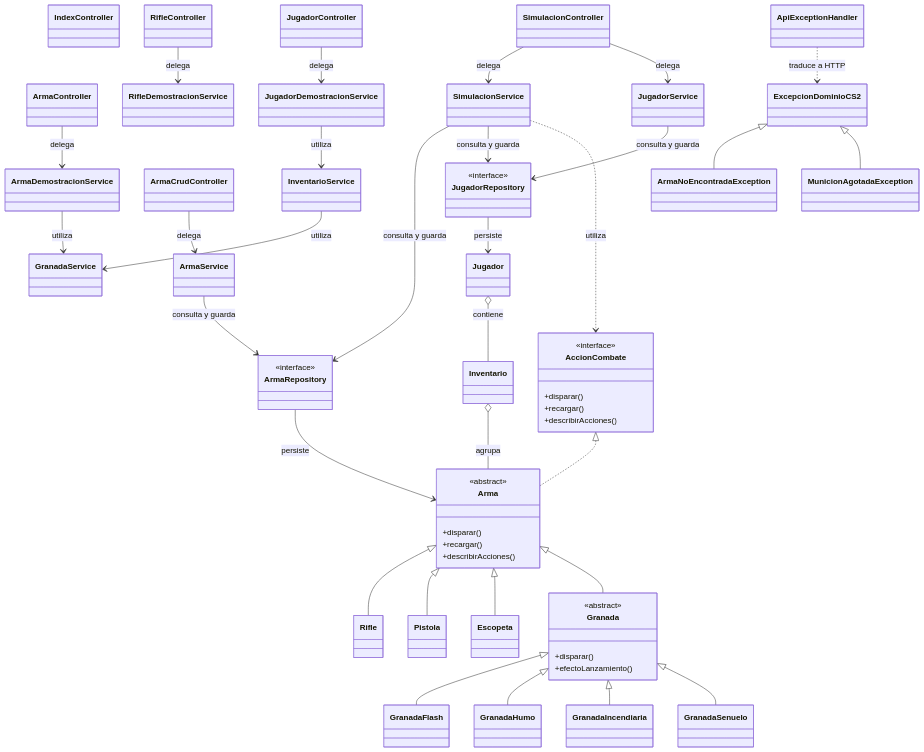
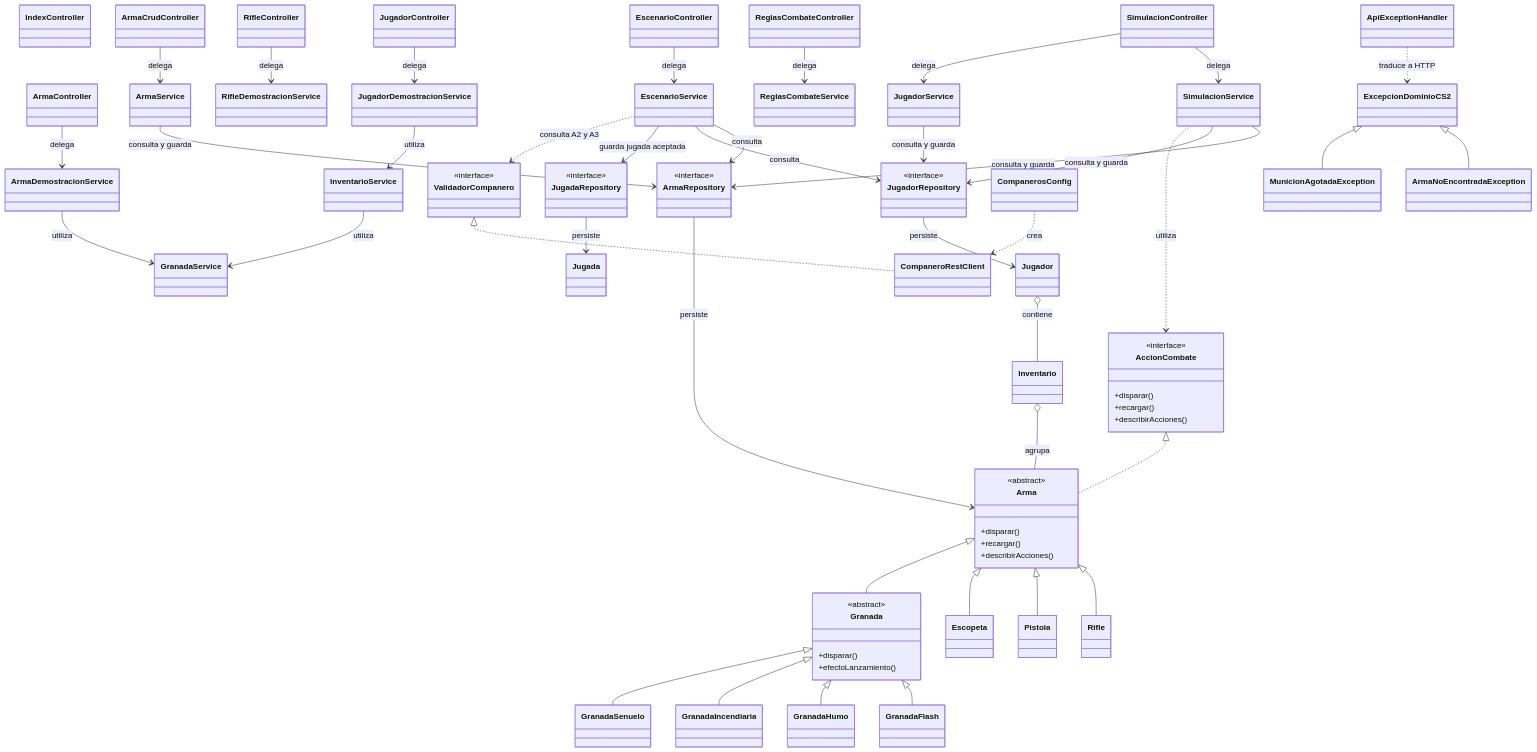
The diagram in README.md (GioMonteggia/SMONTEGGIA-taller-git-2026), drawn with Mermaid before and after one commit. The commit also changed other lines of this file and 4 other files, not shown here.

```diff
--- a/README.md
+++ b/README.md
@@ -308,6 +402,7 @@
 
     class Jugador
     class Inventario
+    class Jugada
 
     class AccionCombate {
         <<interface>>
@@ -324,12 +419,18 @@
         <<interface>>
     }
 
+    class JugadaRepository {
+        <<interface>>
+    }
+
     class IndexController
     class ArmaController
     class RifleController
     class JugadorController
     class ArmaCrudController
     class SimulacionController
+    class ReglasCombateController
+    class EscenarioController
 
     class ArmaDemostracionService
     class RifleDemostracionService
@@ -339,6 +440,14 @@
     class ArmaService
     class JugadorService
     class SimulacionService
+    class ReglasCombateService
+    class EscenarioService
+
+    class ValidadorCompanero {
+        <<interface>>
+    }
+    class CompaneroRestClient
+    class CompanerosConfig
 
     class ApiExceptionHandler
     class ExcepcionDominioCS2
@@ -362,6 +471,7 @@
 
     ArmaRepository --> Arma : persiste
     JugadorRepository --> Jugador : persiste
+    JugadaRepository --> Jugada : persiste
 
     ArmaController --> ArmaDemostracionService : delega
     RifleController --> RifleDemostracionService : delega
@@ -370,6 +480,15 @@
 
     SimulacionController --> SimulacionService : delega
     SimulacionController --> JugadorService : delega
+    ReglasCombateController --> ReglasCombateService : delega
+    EscenarioController --> EscenarioService : delega
+
+    EscenarioService --> ArmaRepository : consulta
+    EscenarioService --> JugadorRepository : consulta
+    EscenarioService --> JugadaRepository : guarda jugada aceptada
+    EscenarioService ..> ValidadorCompanero : consulta A2 y A3
+    ValidadorCompanero <|.. CompaneroRestClient
+    CompanerosConfig ..> CompaneroRestClient : crea
 
     ArmaDemostracionService --> GranadaService : utiliza
     JugadorDemostracionService --> InventarioService : utiliza
```
